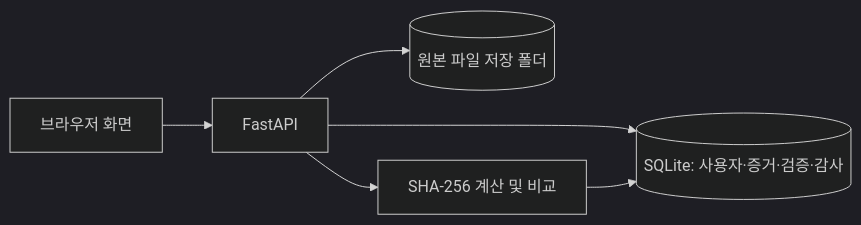
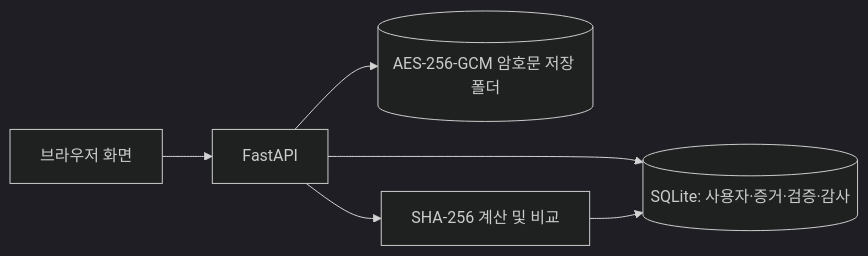
One commit to gyuesecurity/capstone-design changed the first of 2 diagrams in README.md. Above: the diagram before and after it, drawn with Mermaid (dark theme). The commit also changed other lines of this file and 4 other files, not shown here.

````diff
--- a/README.md
+++ b/README.md
@@ -43,8 +55,8 @@
 ```mermaid
 flowchart LR
   UI[브라우저 화면] --> API[FastAPI]
   API --> DB[(SQLite: 사용자·증거·검증·감사)]
-  API --> FS[(원본 파일 저장 폴더)]
+  API --> FS[(AES-256-GCM 암호문 저장 폴더)]
   API --> HASH[SHA-256 계산 및 비교]
   HASH --> DB
 ```
````
